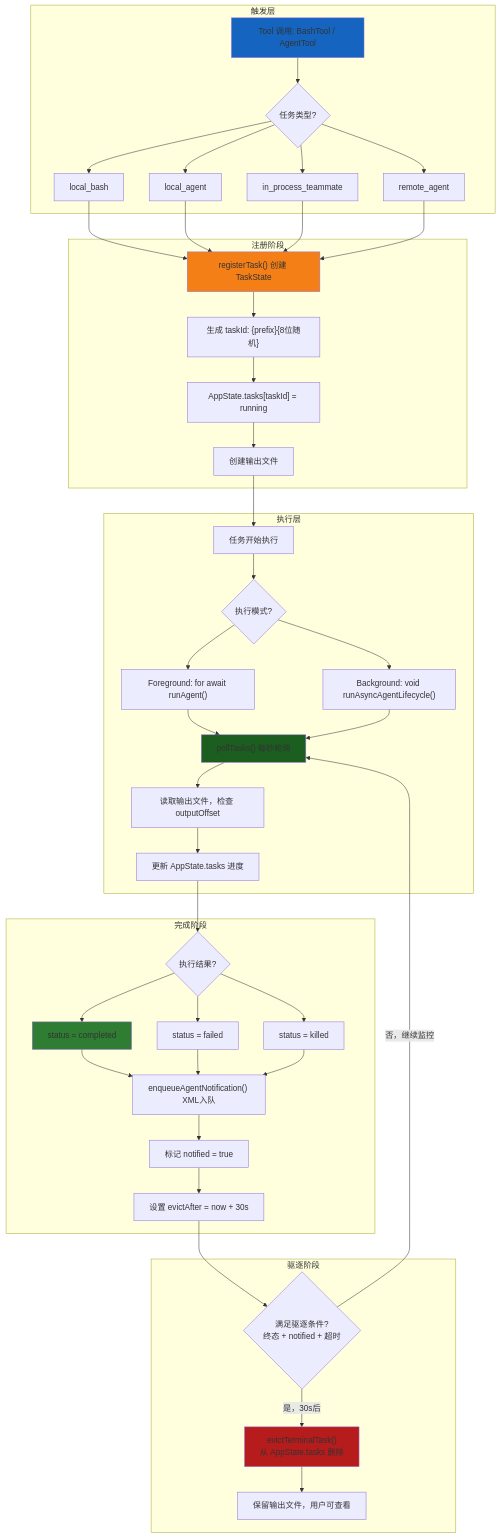
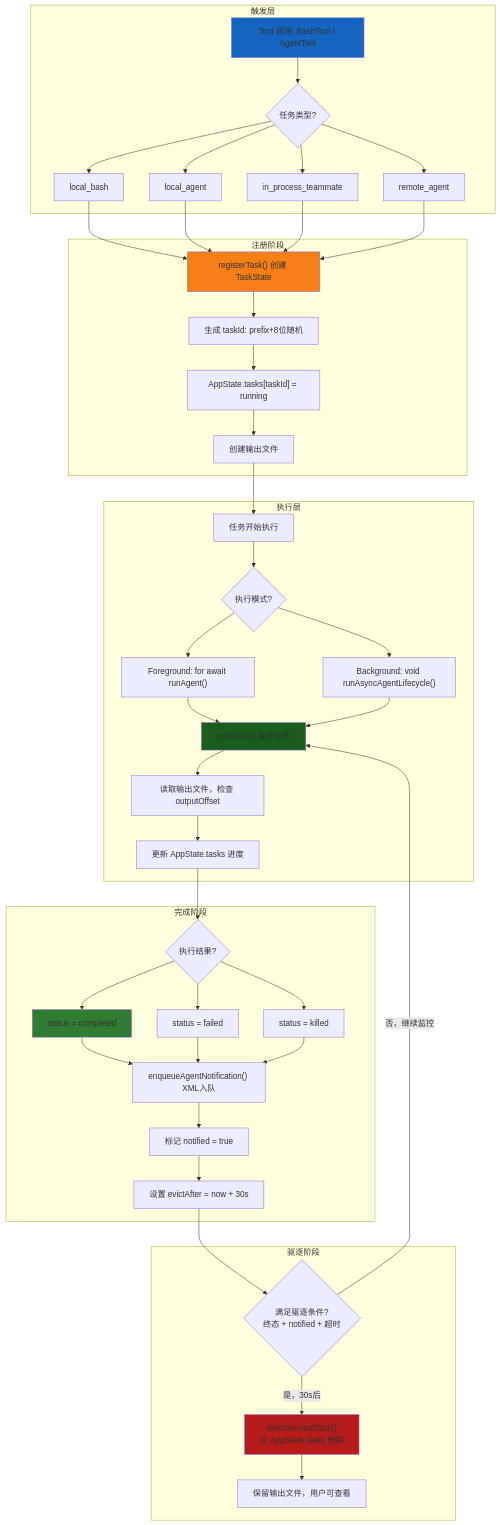
Diagram 13 of 16 in claude-code/docs/deep/TASK-SYSTEM.md (platootalp/harness-code), drawn with Mermaid before and after one commit. The commit also changed other lines of this file and 58 other files, not shown here.

```diff
--- a/claude-code/docs/deep/TASK-SYSTEM.md
+++ b/claude-code/docs/deep/TASK-SYSTEM.md
@@ -1084,7 +1084,7 @@
 
     subgraph 注册阶段
         R1["registerTask() 创建 TaskState"]
-        R2["生成 taskId: {prefix}{8位随机}"]
+        R2["生成 taskId: prefix+8位随机"]
         R3["AppState.tasks[taskId] = running"]
         R4["创建输出文件"]
     end
```
